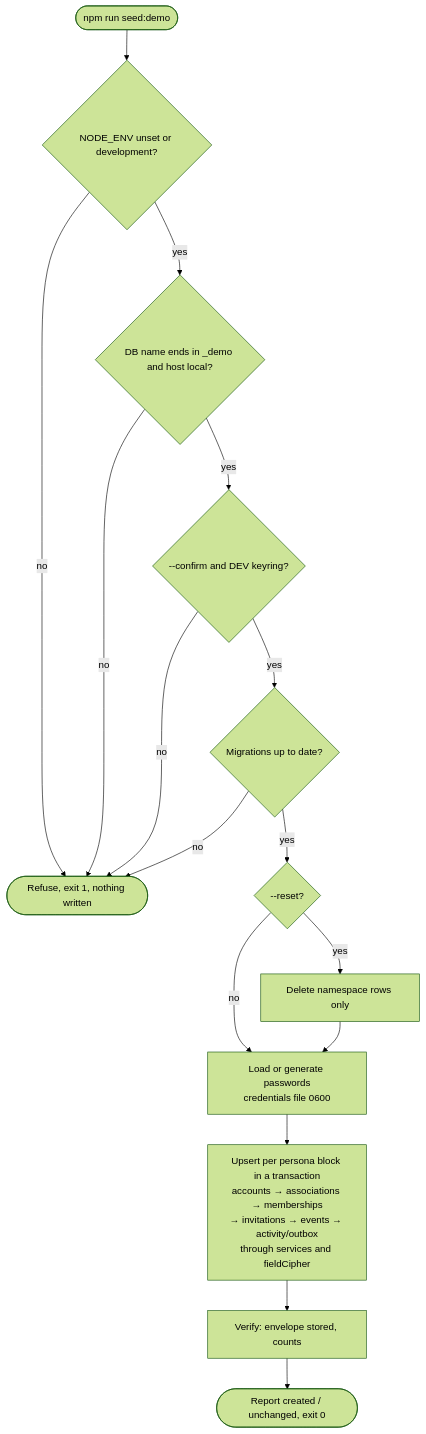
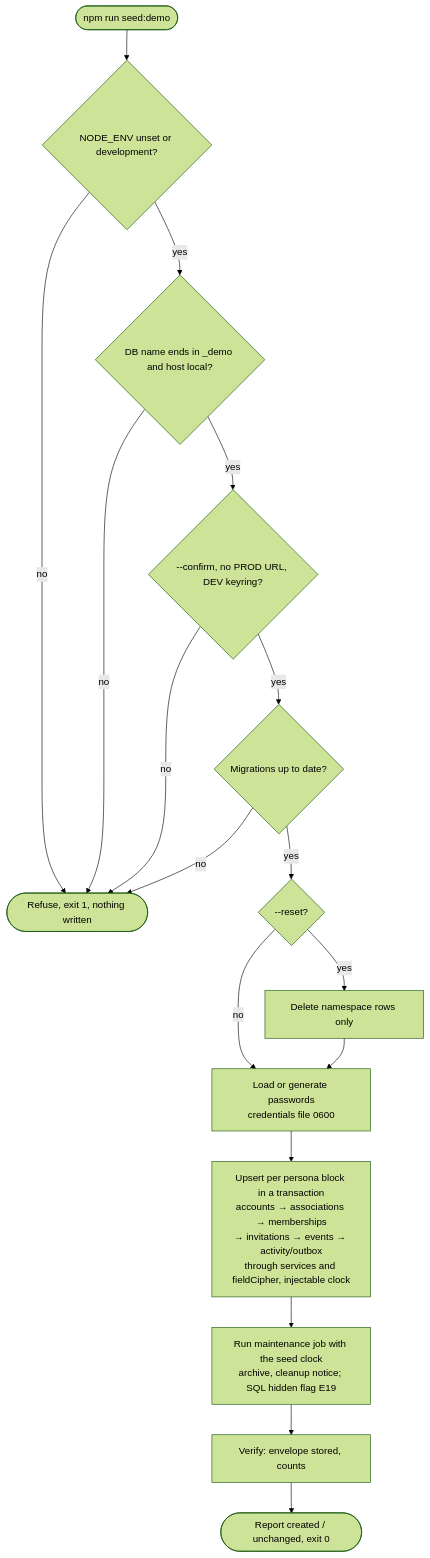
One commit to benoit-bremaud/HappiHub changed the diagram in docs/architecture/diagrams/test-environment/02-activity-seed-run.md. Above: the diagram before and after it, drawn with Mermaid (forest theme). The commit also changed 3 other files, not shown here.

````diff
--- a/docs/architecture/diagrams/test-environment/02-activity-seed-run.md
+++ b/docs/architecture/diagrams/test-environment/02-activity-seed-run.md
@@ -9,18 +9,20 @@
 ```mermaid
 flowchart TD
   S([npm run seed:demo]) --> G1{NODE_ENV unset or development?}
   G1 -- no --> X([Refuse, exit 1, nothing written])
   G1 -- yes --> G2{DB name ends in _demo and host local?}
   G2 -- no --> X
-  G2 -- yes --> G3{--confirm and DEV keyring?}
+  G2 -- yes --> G3{"--confirm, no PROD URL, DEV keyring?"}
   G3 -- no --> X
   G3 -- yes --> M{Migrations up to date?}
   M -- no --> X
   M -- yes --> R{--reset?}
   R -- yes --> D[Delete namespace rows only]
   R -- no --> C
   D --> C[Load or generate passwords<br/>credentials file 0600]
-  C --> U[Upsert per persona block in a transaction<br/>accounts → associations → memberships<br/>→ invitations → events → activity/outbox<br/>through services and fieldCipher]
-  U --> V[Verify: envelope stored, counts]
+  C --> U[Upsert per persona block in a transaction<br/>accounts → associations → memberships<br/>→ invitations → events → activity/outbox<br/>through services and fieldCipher, injectable clock]
+  U --> J[Run maintenance job with the seed clock<br/>archive, cleanup notice; SQL hidden flag E19]
+  J --> V
+  V[Verify: envelope stored, counts]
   V --> E([Report created / unchanged, exit 0])
 ```
````
